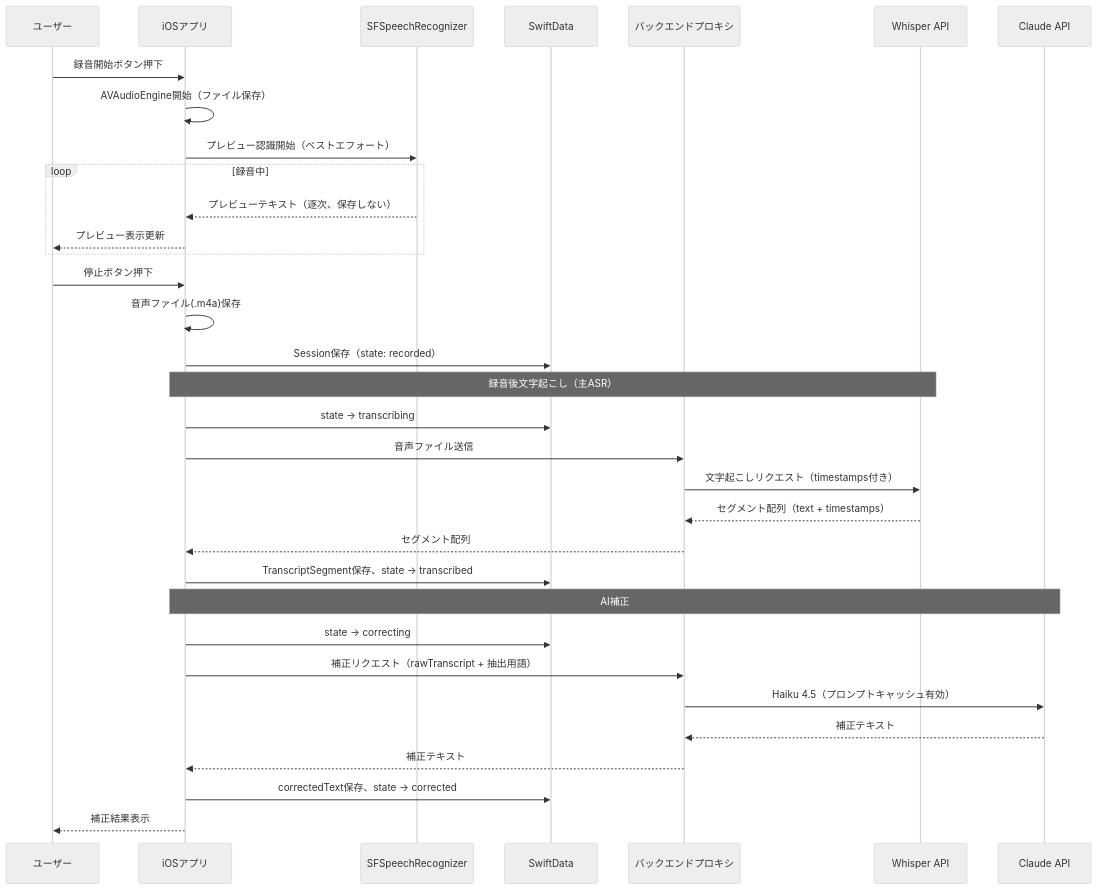
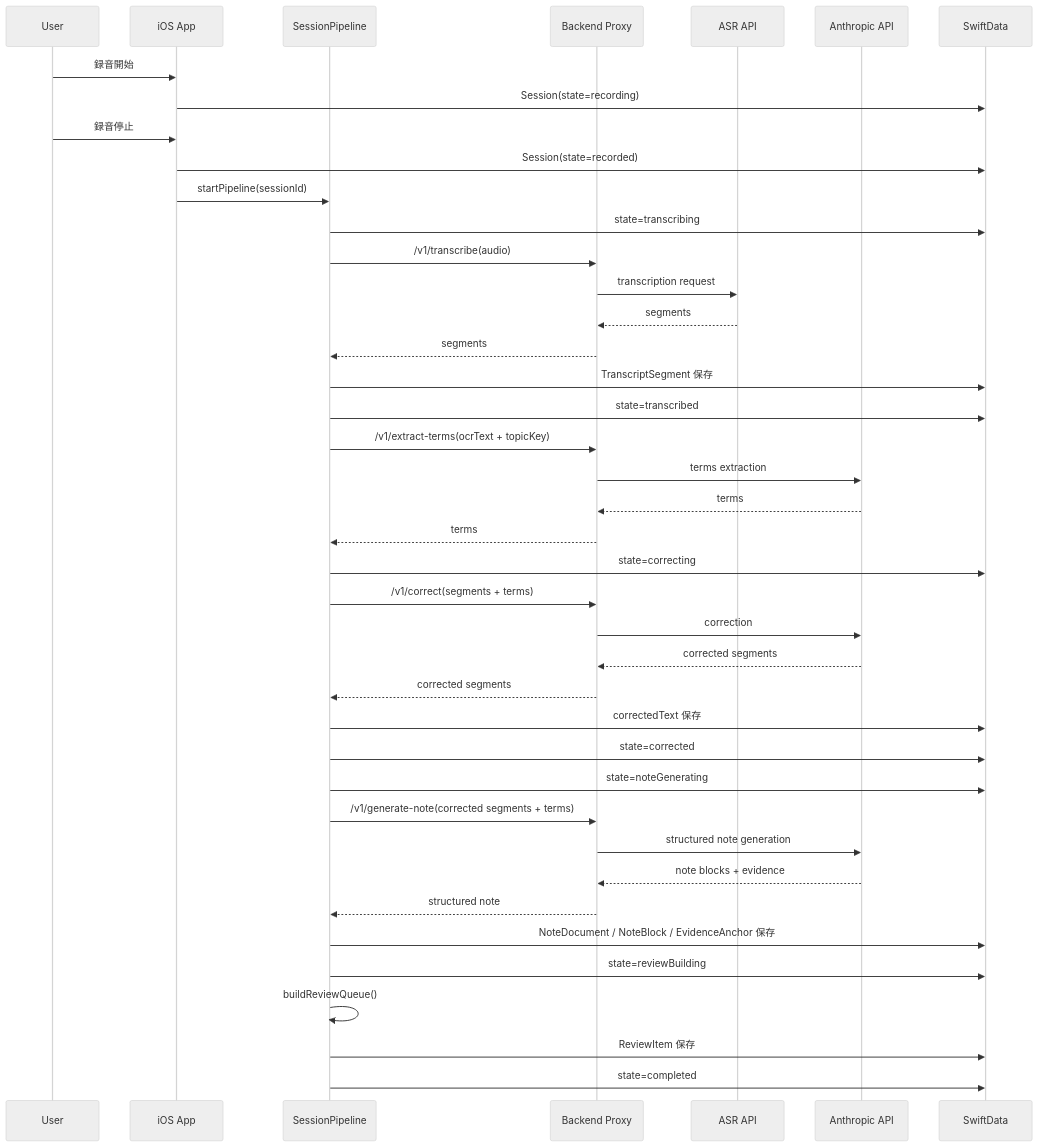
The first of 2 diagrams in STT-Docs/design.md (koichi1115/koenote-docs), drawn with Mermaid (neutral theme) before and after one commit. The commit also changed other lines of this file and 2 other files, not shown here.

````diff
--- a/STT-Docs/design.md
+++ b/STT-Docs/design.md
@@ -486,38 +472,49 @@
 ```mermaid
 sequenceDiagram
-    participant U as ユーザー
-    participant App as iOSアプリ
-    participant SF as SFSpeechRecognizer
+    participant U as User
+    participant App as iOS App
+    participant Pipe as SessionPipeline
+    participant Proxy as Backend Proxy
+    participant ASR as ASR API
+    participant AI as Anthropic API
     participant DB as SwiftData
-    participant Proxy as バックエンドプロキシ
-    participant Whisper as Whisper API
-    participant Claude as Claude API
 
-    U->>App: 録音開始ボタン押下
-    App->>App: AVAudioEngine開始（ファイル保存）
-    App->>SF: プレビュー認識開始（ベストエフォート）
-    loop 録音中
-        SF-->>App: プレビューテキスト（逐次、保存しない）
-        App-->>U: プレビュー表示更新
-    end
-    U->>App: 停止ボタン押下
-    App->>App: 音声ファイル(.m4a)保存
-    App->>DB: Session保存（state: recorded）
+    U->>App: 録音開始
+    App->>DB: Session(state=recording)
+    U->>App: 録音停止
+    App->>DB: Session(state=recorded)
 
-    Note over App,Whisper: 録音後文字起こし（主ASR）
-    App->>DB: state → transcribing
-    App->>Proxy: 音声ファイル送信
-    Proxy->>Whisper: 文字起こしリクエスト（timestamps付き）
-    Whisper-->>Proxy: セグメント配列（text + timestamps）
-    Proxy-->>App: セグメント配列
-    App->>DB: TranscriptSegment保存、state → transcribed
+    App->>Pipe: startPipeline(sessionId)
+    Pipe->>DB: state=transcribing
+    Pipe->>Proxy: /v1/transcribe(audio)
+    Proxy->>ASR: transcription request
+    ASR-->>Proxy: segments
+    Proxy-->>Pipe: segments
+    Pipe->>DB: TranscriptSegment 保存
+    Pipe->>DB: state=transcribed
 
-    Note over App,Claude: AI補正
-    App->>DB: state → correcting
-    App->>Proxy: 補正リクエスト（rawTranscript + 抽出用語）
-    Proxy->>Claude: Haiku 4.5（プロンプトキャッシュ有効）
-    Claude-->>Proxy: 補正テキスト
-    Proxy-->>App: 補正テキスト
-    App->>DB: correctedText保存、state → corrected
-    App-->>U: 補正結果表示
+    Pipe->>Proxy: /v1/extract-terms(ocrText + topicKey)
+    Proxy->>AI: terms extraction
+    AI-->>Proxy: terms
+    Proxy-->>Pipe: terms
+
+    Pipe->>DB: state=correcting
+    Pipe->>Proxy: /v1/correct(segments + terms)
+    Proxy->>AI: correction
+    AI-->>Proxy: corrected segments
+    Proxy-->>Pipe: corrected segments
+    Pipe->>DB: correctedText 保存
+    Pipe->>DB: state=corrected
+
+    Pipe->>DB: state=noteGenerating
+    Pipe->>Proxy: /v1/generate-note(corrected segments + terms)
+    Proxy->>AI: structured note generation
+    AI-->>Proxy: note blocks + evidence
+    Proxy-->>Pipe: structured note
+    Pipe->>DB: NoteDocument / NoteBlock / EvidenceAnchor 保存
+
+    Pipe->>DB: state=reviewBuilding
+    Pipe->>Pipe: buildReviewQueue()
+    Pipe->>DB: ReviewItem 保存
+    Pipe->>DB: state=completed
 ```
````
